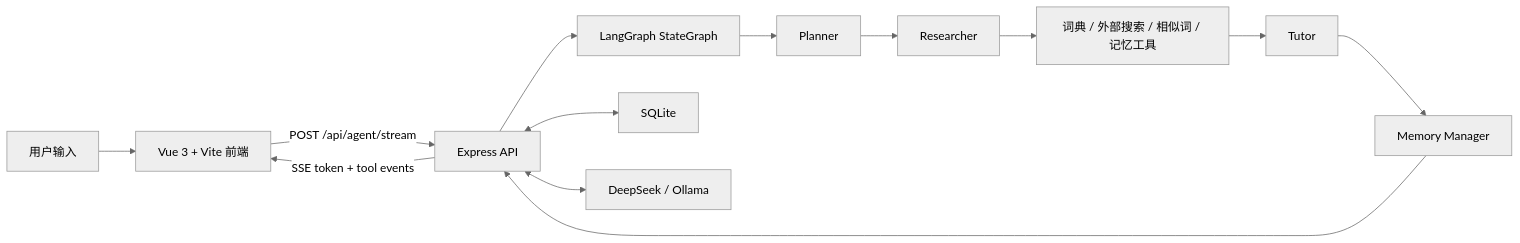
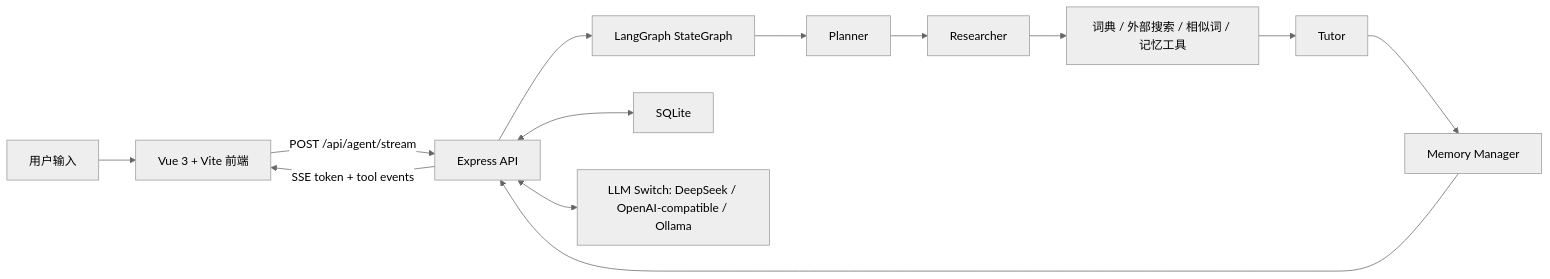
Before and after one commit to yuaiccc/japanese-verb-master: the first of 2 diagrams in README.md, drawn with Mermaid (neutral theme). The commit also changed other lines of this file and 7 other files, not shown here.

````diff
--- a/README.md
+++ b/README.md
@@ -33,15 +35,15 @@
 ```mermaid
 flowchart LR
   User["用户输入"] --> Frontend["Vue 3 + Vite 前端"]
   Frontend -->|POST /api/agent/stream| Backend["Express API"]
   Backend --> Graph["LangGraph StateGraph"]
   Graph --> Planner["Planner"]
   Planner --> Researcher["Researcher"]
   Researcher --> Tools["词典 / 外部搜索 / 相似词 / 记忆工具"]
   Tools --> Tutor["Tutor"]
   Tutor --> Memory["Memory Manager"]
   Memory --> Backend
   Backend -->|SSE token + tool events| Frontend
   Backend <--> DB["SQLite"]
-  Backend <--> LLM["DeepSeek / Ollama"]
+  Backend <--> LLM["LLM Switch: DeepSeek / OpenAI-compatible / Ollama"]
 ```
````
